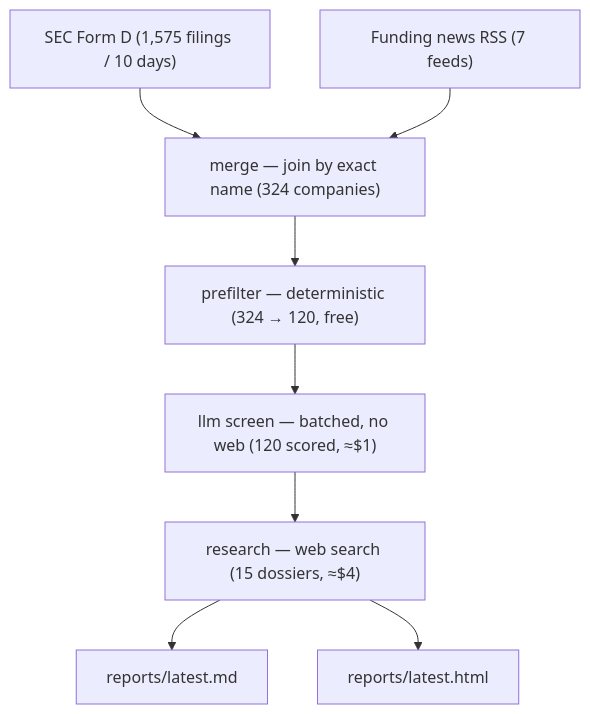
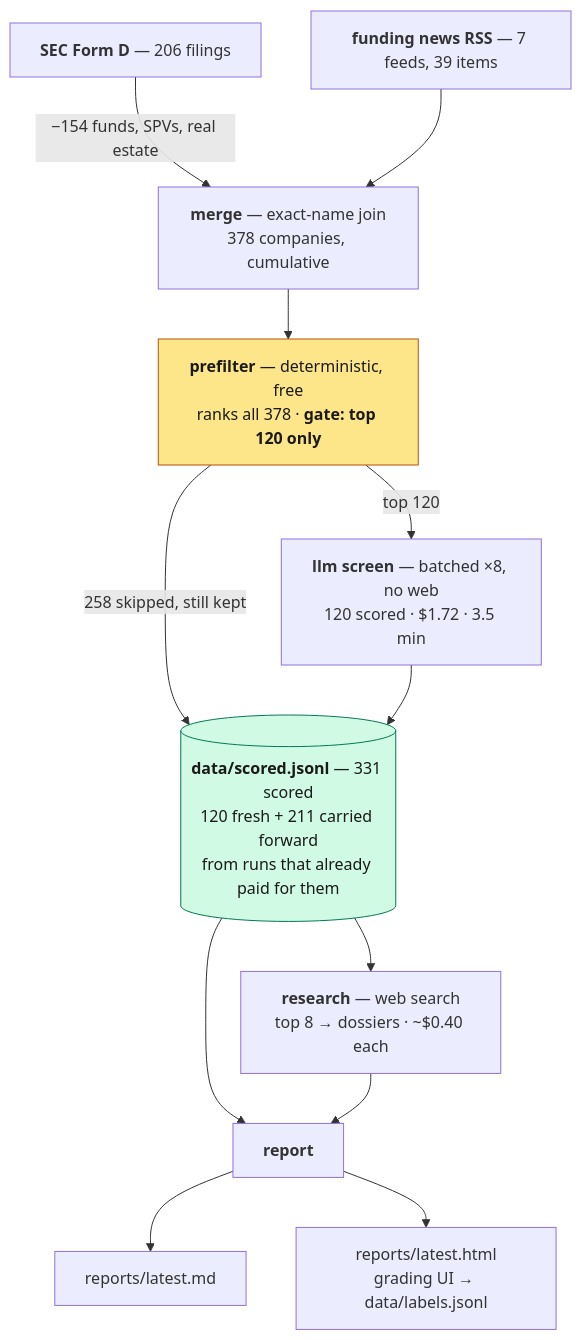
The diagram in README.md (zerolocker/startup-finder), drawn with Mermaid before and after one commit. The commit also changed other lines of this file and 9 other files, not shown here.

````diff
--- a/README.md
+++ b/README.md
@@ -38,11 +40,20 @@
 ```mermaid
 flowchart TD
-    A["SEC Form D (1,575 filings / 10 days)"] --> C
-    B["Funding news RSS (7 feeds)"] --> C
-    C["merge — join by exact name (324 companies)"] --> D
-    D["prefilter — deterministic (324 → 120, free)"] --> E
-    E["llm screen — batched, no web (120 scored, ≈$1)"] --> F
-    F["research — web search (15 dossiers, ≈$4)"] --> G & H
-    G["reports/latest.md"]
-    H["reports/latest.html"]
+    A["<b>SEC Form D</b> — 206 filings"] -->|"−154 funds, SPVs, real estate"| C
+    B["<b>funding news RSS</b> — 7 feeds, 39 items"] --> C
+    C["<b>merge</b> — exact-name join<br/>378 companies, cumulative"] --> D
+    D["<b>prefilter</b> — deterministic, free<br/>ranks all 378 · <b>gate: top 120 only</b>"]
+    D -->|"top 120"| E
+    D -->|"258 skipped, still kept"| S
+    E["<b>llm screen</b> — batched ×8, no web<br/>120 scored · $1.72 · 3.5 min"] --> S
+    S[("<b>data/scored.jsonl</b> — 331 scored<br/>120 fresh + 211 carried forward<br/>from runs that already paid for them")]
+    S --> F & R
+    F["<b>research</b> — web search<br/>top 8 → dossiers · ~$0.40 each"] --> R
+    R["<b>report</b>"] --> G["reports/latest.md"]
+    R --> H["reports/latest.html<br/>grading UI → data/labels.jsonl"]
+
+    classDef gate fill:#fde68a,stroke:#b45309,color:#1a1a19
+    classDef store fill:#d1fae5,stroke:#047857,color:#1a1a19
+    class D gate
+    class S store
 ```
````
